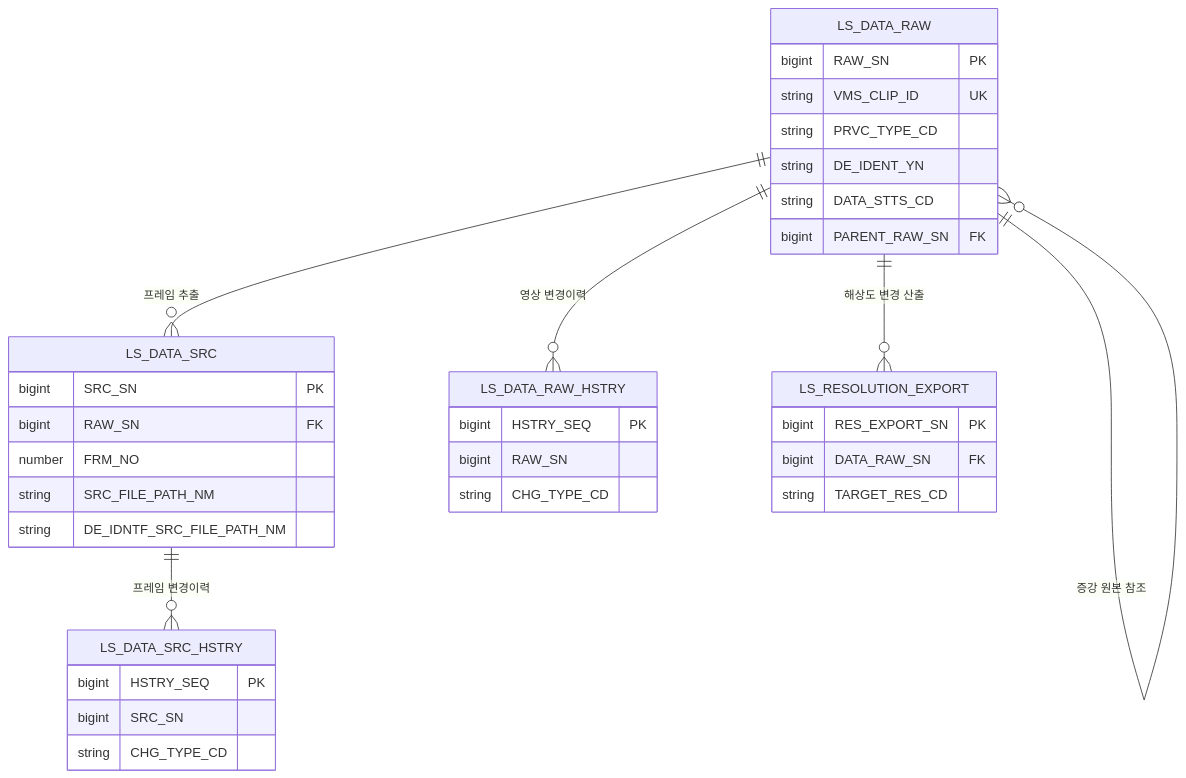
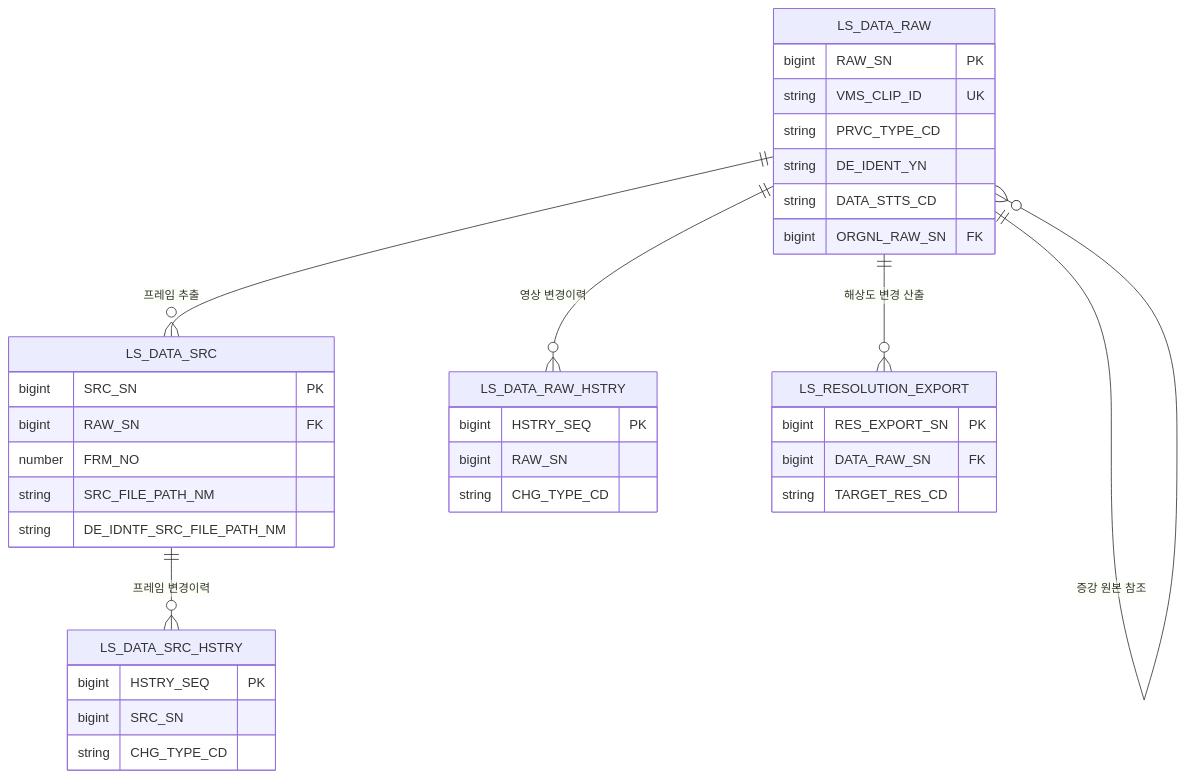
One commit to New-stella/klid-label changed the first of 16 diagrams in docs/design-full/D8-엔티티관계모형설계서.md. Above: the diagram before and after it, drawn with Mermaid. The commit also changed other lines of this file and 22 other files, not shown here.

First line of the commit message:
docs(datamart): Phase 2 문서 동기화 — 데이터마트 뷰 재편 반영 + PARENT_RAW_SN 표준용어 정합

````diff
--- a/docs/design-full/D8-엔티티관계모형설계서.md
+++ b/docs/design-full/D8-엔티티관계모형설계서.md
@@ -55,38 +56,38 @@
 ```mermaid
 erDiagram
     LS_DATA_RAW ||--o{ LS_DATA_SRC : "프레임 추출"
     LS_DATA_RAW ||--o{ LS_DATA_RAW_HSTRY : "영상 변경이력"
     LS_DATA_SRC ||--o{ LS_DATA_SRC_HSTRY : "프레임 변경이력"
     LS_DATA_RAW ||--o{ LS_RESOLUTION_EXPORT : "해상도 변경 산출"
     LS_DATA_RAW ||--o{ LS_DATA_RAW : "증강 원본 참조"
     LS_DATA_RAW {
         bigint RAW_SN PK
         string VMS_CLIP_ID UK
         string PRVC_TYPE_CD
         string DE_IDENT_YN
         string DATA_STTS_CD
-        bigint PARENT_RAW_SN FK
+        bigint ORGNL_RAW_SN FK
     }
     LS_DATA_SRC {
         bigint SRC_SN PK
         bigint RAW_SN FK
         number FRM_NO
         string SRC_FILE_PATH_NM
         string DE_IDNTF_SRC_FILE_PATH_NM
     }
     LS_DATA_RAW_HSTRY {
         bigint HSTRY_SEQ PK
         bigint RAW_SN
         string CHG_TYPE_CD
     }
     LS_DATA_SRC_HSTRY {
         bigint HSTRY_SEQ PK
         bigint SRC_SN
         string CHG_TYPE_CD
     }
     LS_RESOLUTION_EXPORT {
         bigint RES_EXPORT_SN PK
         bigint DATA_RAW_SN FK
         string TARGET_RES_CD
     }
 ```
````
